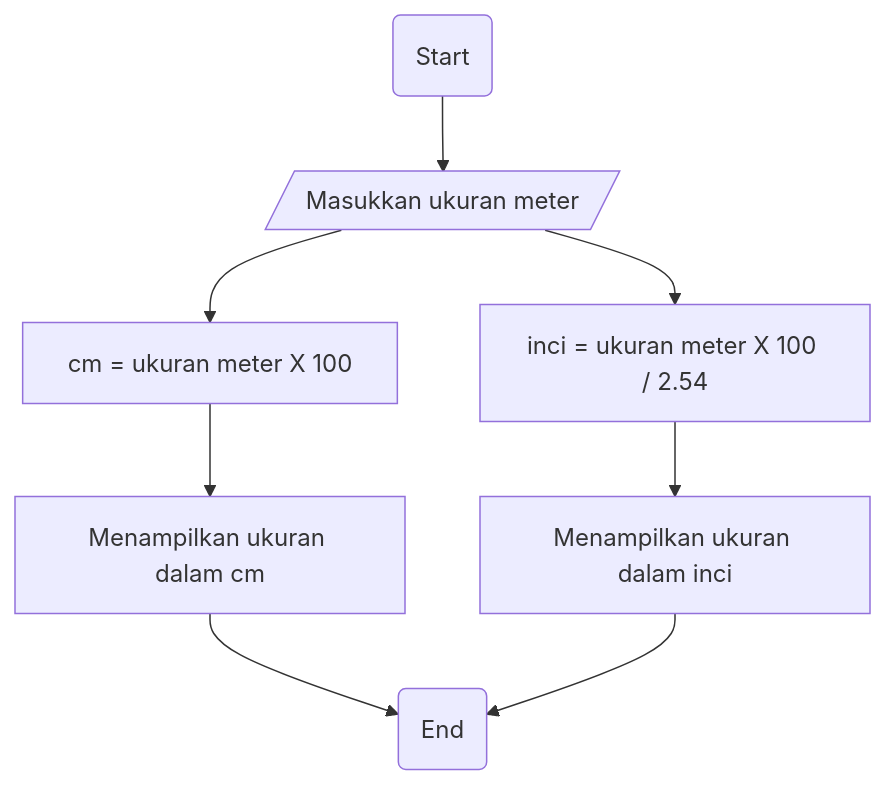
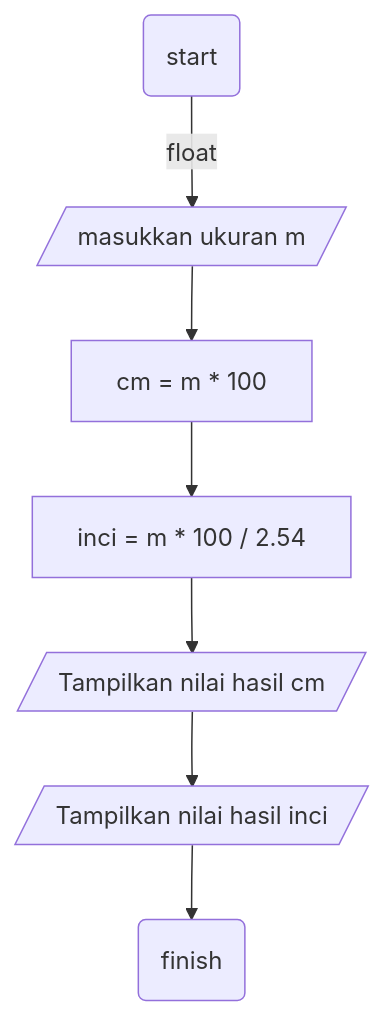
Before and after one commit to saino36/DAA: the diagram in Week4/latihan2.md, drawn with Mermaid.

````diff
--- a/Week4/latihan2.md
+++ b/Week4/latihan2.md
@@ -1,10 +1,9 @@
-:::mermaid
+```mermaid
     flowchart TD;
-    A(Start) --> B[/Masukkan ukuran meter/]
-    B --> C[cm = ukuran meter X 100]
-    B --> D[inci = ukuran meter X 100 / 2.54]
-    C --> E[Menampilkan ukuran dalam cm]
-    D --> F[Menampilkan ukuran dalam inci]
-    E & F --> G(End)
-
-:::
+    A(start) --float--> B[/masukkan ukuran m/];
+    B --> C[cm = m * 100];
+    C --> D[inci = m * 100 / 2.54];
+    D --> E[/Tampilkan nilai hasil cm/];
+    E --> F[/Tampilkan nilai hasil inci/];
+    F --> G(finish);
+```
````
